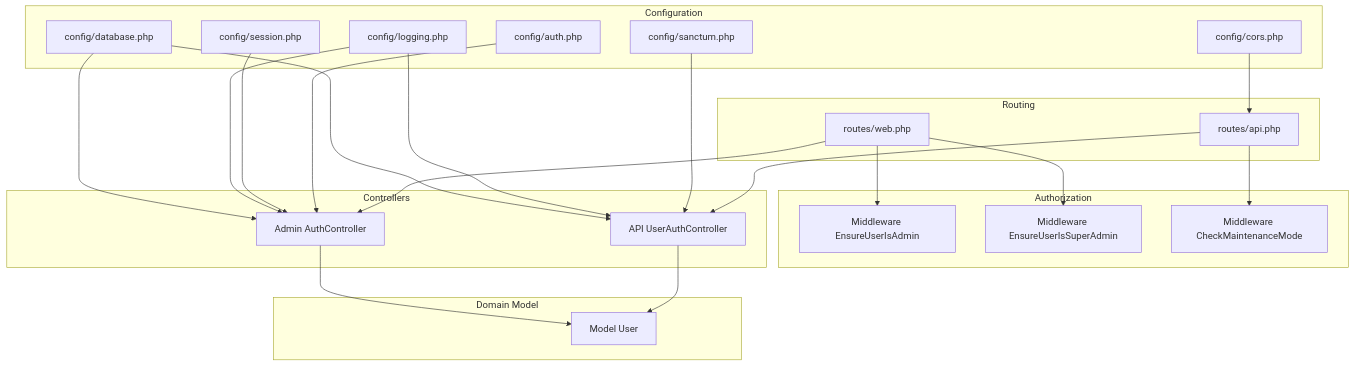
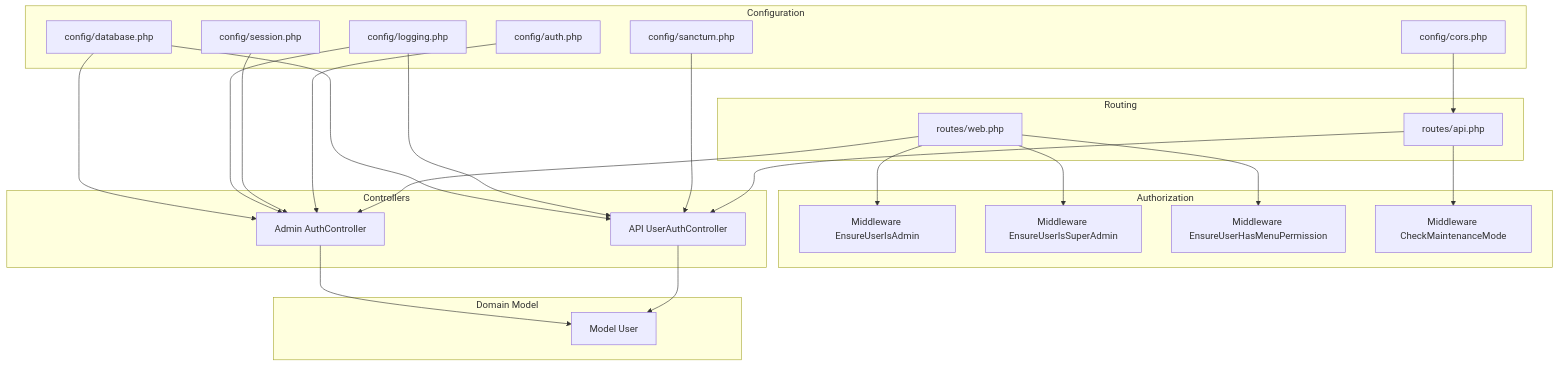
One commit to mahbub095/bus-app changed the first of 11 diagrams in .qoder/repowiki/en/content/System Architecture/Security Architecture.md. Above: the diagram before and after it, drawn with Mermaid. The commit also changed other lines of this file and 119 other files, not shown here.

````diff
--- a/.qoder/repowiki/en/content/System Architecture/Security Architecture.md
+++ b/.qoder/repowiki/en/content/System Architecture/Security Architecture.md
@@ -43,42 +54,44 @@
 ```mermaid
 graph TB
 subgraph "Configuration"
 C1["config/auth.php"]
 C2["config/sanctum.php"]
 C3["config/session.php"]
 C4["config/cors.php"]
 C5["config/logging.php"]
 C6["config/database.php"]
 end
 subgraph "Routing"
 R1["routes/api.php"]
 R2["routes/web.php"]
 end
 subgraph "Authorization"
 M1["Middleware EnsureUserIsAdmin"]
 M2["Middleware EnsureUserIsSuperAdmin"]
-M3["Middleware CheckMaintenanceMode"]
+M3["Middleware EnsureUserHasMenuPermission"]
+M4["Middleware CheckMaintenanceMode"]
 end
 subgraph "Controllers"
 A1["API UserAuthController"]
 A2["Admin AuthController"]
 end
 subgraph "Domain Model"
 U1["Model User"]
 end
 R1 --> A1
 R2 --> A2
-R1 --> M3
+R1 --> M4
 R2 --> M1
 R2 --> M2
+R2 --> M3
 A1 --> U1
 A2 --> U1
 C1 --> A2
 C2 --> A1
 C3 --> A2
 C4 --> R1
 C5 --> A1
 C5 --> A2
 C6 --> A1
 C6 --> A2
 ```
````
